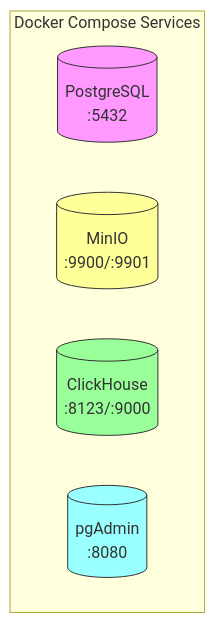
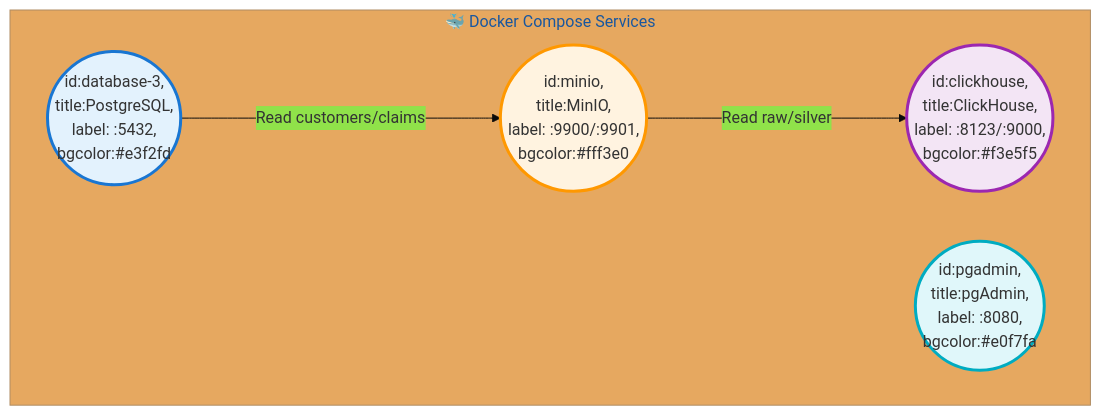
Before and after one commit to matiasmagni/insurance-company-data-pipeline-example: the third of 4 diagrams in README.md, drawn with Mermaid. The commit also changed other lines of this file, not shown here.

First line of the commit message:
docs: improve mermaid diagrams readability in README

````diff
--- a/README.md
+++ b/README.md
@@ -423,14 +464,39 @@
 ```mermaid
+%%{init: {'theme': 'base', 'themeVariables': { 'primaryColor': '#4a90e2'}}}%%
 graph TB
-    subgraph "Docker Compose Services"
-        PG[(PostgreSQL\n:5432)]:::db
-        MINIO[(MinIO\n:9900/:9901)]:::storage
-        CH[(ClickHouse\n:8123/:9000)]:::analytics
-        PGADMIN[(pgAdmin\n:8080)]:::admin
+    subgraph DOCKER["🐳 Docker Compose Services"]
+        direction LR
+        PG((
+        id:database-3,
+        title:PostgreSQL,
+        label: :5432,
+        bgcolor:#e3f2fd
+        )):::db
+        MINIO((
+        id:minio,
+        title:MinIO,
+        label: :9900/:9901,
+        bgcolor:#fff3e0
+        )):::storage
+        CH((
+        id:clickhouse,
+        title:ClickHouse,
+        label: :8123/:9000,
+        bgcolor:#f3e5f5
+        )):::analytics
+        ADMIN((
+        id:pgadmin,
+        title:pgAdmin,
+        label: :8080,
+        bgcolor:#e0f7fa
+        )):::admin
     end
     
-    classDef db fill:#f9f,stroke:#333
-    classDef storage fill:#ff9,stroke:#333
-    classDef analytics fill:#9f9,stroke:#333
-    classDef admin fill:#9ff,stroke:#333
+    PG --->|Read customers/claims| MINIO
+    MINIO --->|Read raw/silver| CH
+    
+    classDef db fill:#e3f2fd,stroke:#1976d2,stroke-width:3px,rx:10,ry:10
+    classDef storage fill:#fff3e0,stroke:#ff9800,stroke-width:3px,rx:10,ry:10
+    classDef analytics fill:#f3e5f5,stroke:#9c27b0,stroke-width:3px,rx:10,ry:10
+    classDef admin fill:#e0f7fa,stroke:#00acc1,stroke-width:3px,rx:10,ry:10
 ```
````
